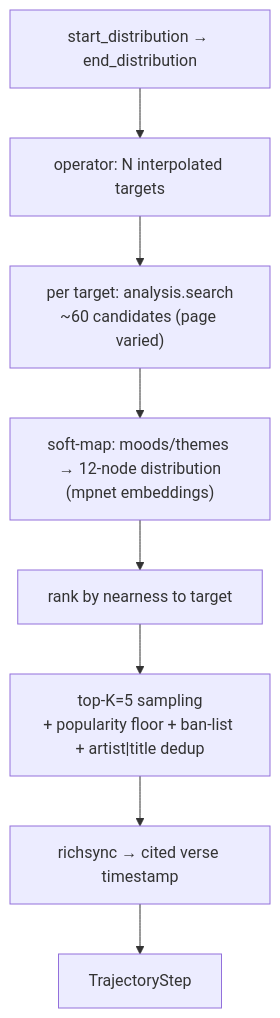
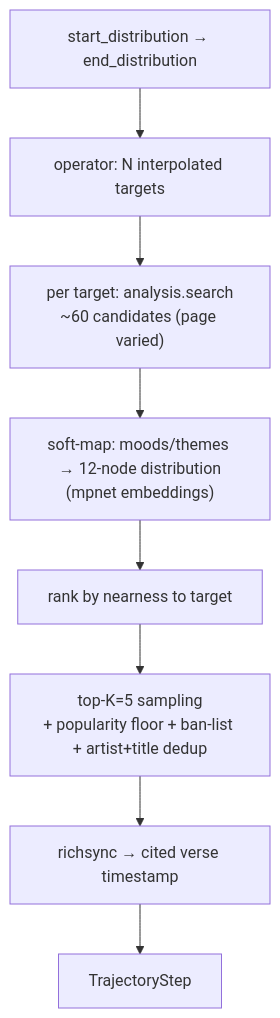
Before and after one commit to dr-zaib/Lyra_musicathon: the third of 5 diagrams in docs/HOW_IT_WORKS.md, drawn with Mermaid. The commit also changed other lines of this file, not shown here.

Commit message:
fix(docs): mermaid sequence diagram — replace ';' (statement separator) with ','; drop '|' in pipeline label
GitHub Mermaid parsed the semicolon in a message as a statement separator → parse error.
Also swapped artist|title → artist+title to avoid the pipe.

````diff
--- a/docs/HOW_IT_WORKS.md
+++ b/docs/HOW_IT_WORKS.md
@@ -89,10 +89,10 @@
 ```mermaid
 flowchart TD
     A["start_distribution → end_distribution"] --> B["operator: N interpolated targets"]
     B --> C["per target: analysis.search<br/>~60 candidates (page varied)"]
     C --> D["soft-map: moods/themes → 12-node distribution<br/>(mpnet embeddings)"]
     D --> E["rank by nearness to target"]
-    E --> F["top-K=5 sampling<br/>+ popularity floor + ban-list + artist|title dedup"]
+    E --> F["top-K=5 sampling<br/>+ popularity floor + ban-list + artist+title dedup"]
     F --> G["richsync → cited verse timestamp"]
     G --> H["TrajectoryStep"]
 ```
````
